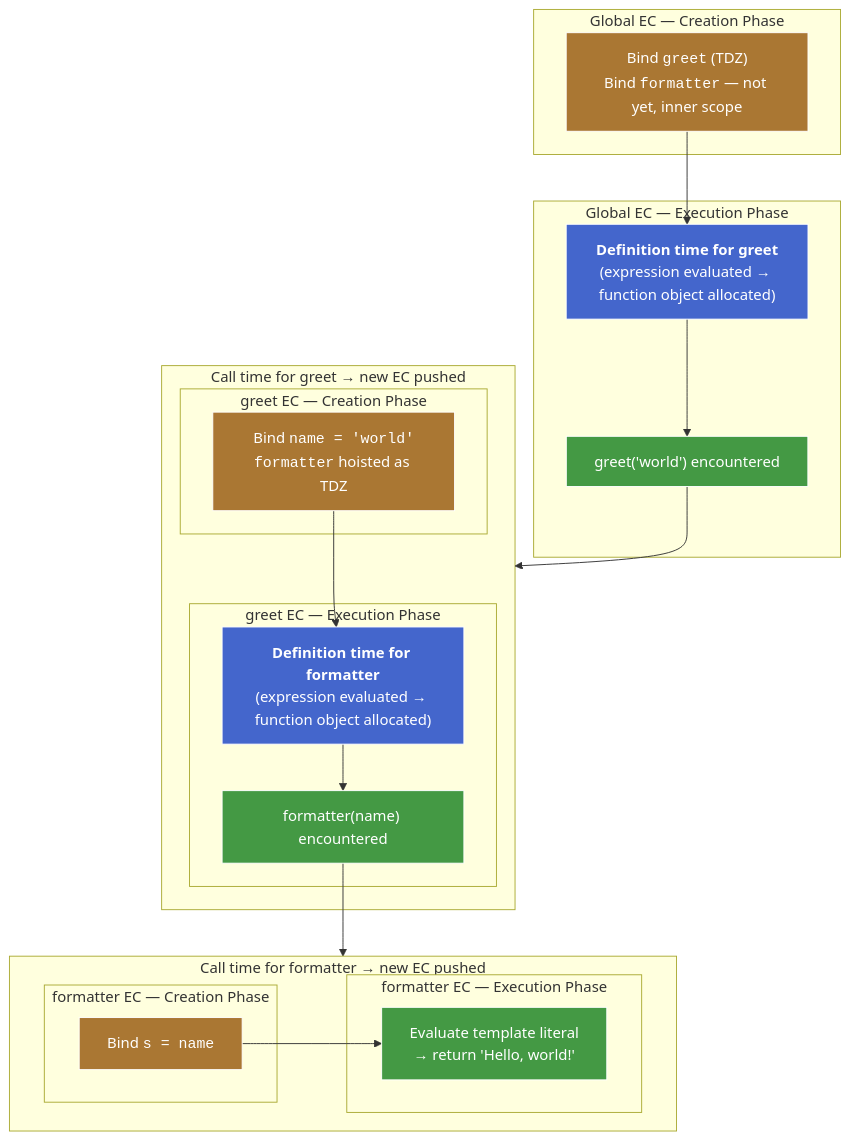
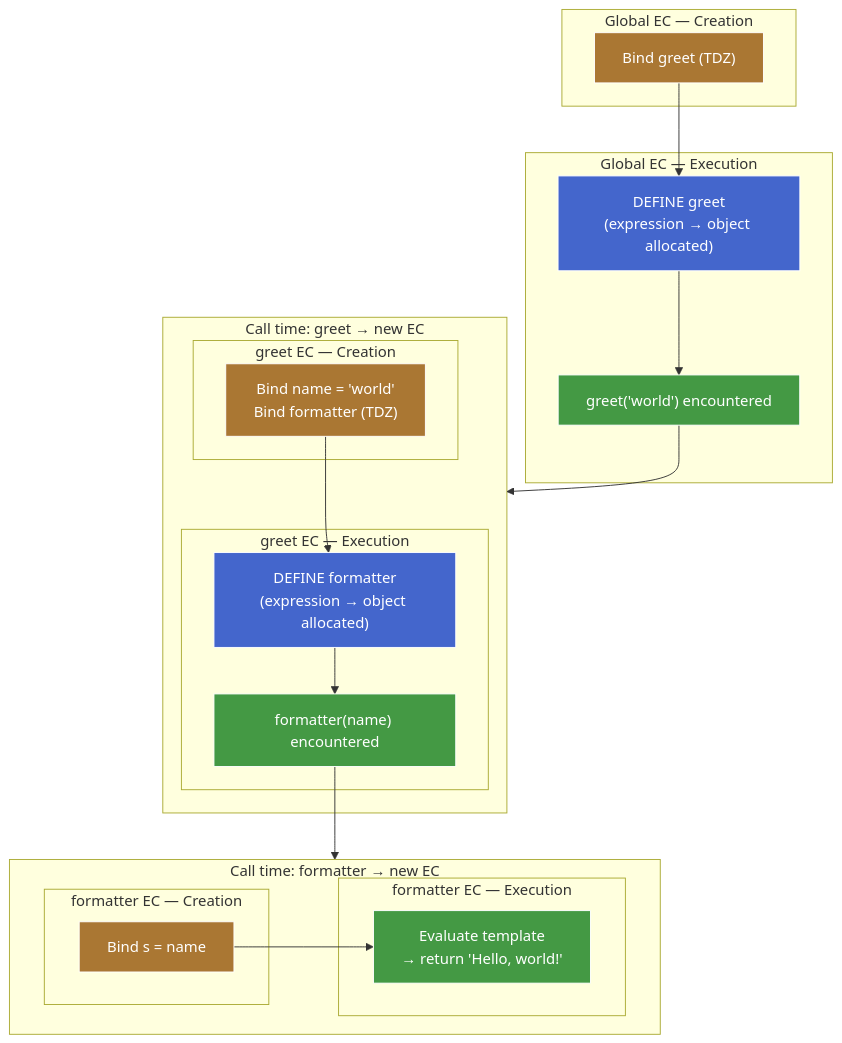
One commit to kltduong/study-notes changed the first of 2 diagrams in courses/js-vars-scope/lexical-scoping-draft.md. Above: the diagram before and after it, drawn with Mermaid. The commit also changed other lines of this file, not shown here.

Commit message:
lexical scoping draft-2

````diff
--- a/courses/js-vars-scope/lexical-scoping-draft.md
+++ b/courses/js-vars-scope/lexical-scoping-draft.md
@@ -21,47 +21,47 @@
 ```mermaid
 flowchart TB
-  subgraph GLOBAL_CREATION["Global EC — Creation Phase"]
-    A["Bind <code>greet</code> (TDZ)<br/>Bind <code>formatter</code> — not yet, inner scope"]
+  subgraph GLOBAL_CREATION["Global EC — Creation"]
+    A["Bind greet (TDZ)"]
   end
 
-  subgraph GLOBAL_EXEC["Global EC — Execution Phase"]
-    B["<b>Definition time for greet</b><br/>(expression evaluated → function object allocated)"]
+  subgraph GLOBAL_EXEC["Global EC — Execution"]
+    B["DEFINE greet<br/>(expression → object allocated)"]
     C["greet('world') encountered"]
   end
 
-  subgraph GREET_CALL["Call time for greet → new EC pushed"]
-    subgraph GREET_CREATION["greet EC — Creation Phase"]
-      D["Bind <code>name = 'world'</code><br/><code>formatter</code> hoisted as TDZ"]
+  subgraph GREET_CALL["Call time: greet → new EC"]
+    subgraph GREET_CREATION["greet EC — Creation"]
+      D["Bind name = 'world'<br/>Bind formatter (TDZ)"]
     end
-    subgraph GREET_EXEC["greet EC — Execution Phase"]
-      E["<b>Definition time for formatter</b><br/>(expression evaluated → function object allocated)"]
+    subgraph GREET_EXEC["greet EC — Execution"]
+      E["DEFINE formatter<br/>(expression → object allocated)"]
       F["formatter(name) encountered"]
     end
   end
 
-  subgraph FORMATTER_CALL["Call time for formatter → new EC pushed"]
-    subgraph FORMATTER_CREATION["formatter EC — Creation Phase"]
-      G["Bind <code>s = name</code>"]
+  subgraph FORMATTER_CALL["Call time: formatter → new EC"]
+    subgraph FORMATTER_CREATION["formatter EC — Creation"]
+      G["Bind s = name"]
     end
-    subgraph FORMATTER_EXEC["formatter EC — Execution Phase"]
-      H["Evaluate template literal<br/>→ return 'Hello, world!'"]
+    subgraph FORMATTER_EXEC["formatter EC — Execution"]
+      H["Evaluate template<br/>→ return 'Hello, world!'"]
     end
   end
 
   A --> B
   B --> C
   C --> GREET_CALL
   D --> E
   E --> F
   F --> FORMATTER_CALL
   G --> H
 
   style A fill:#a73,stroke:#fff,color:#fff
   style B fill:#46c,stroke:#fff,color:#fff
   style C fill:#494,stroke:#fff,color:#fff
   style D fill:#a73,stroke:#fff,color:#fff
   style E fill:#46c,stroke:#fff,color:#fff
   style F fill:#494,stroke:#fff,color:#fff
   style G fill:#a73,stroke:#fff,color:#fff
   style H fill:#494,stroke:#fff,color:#fff
 ```
````
